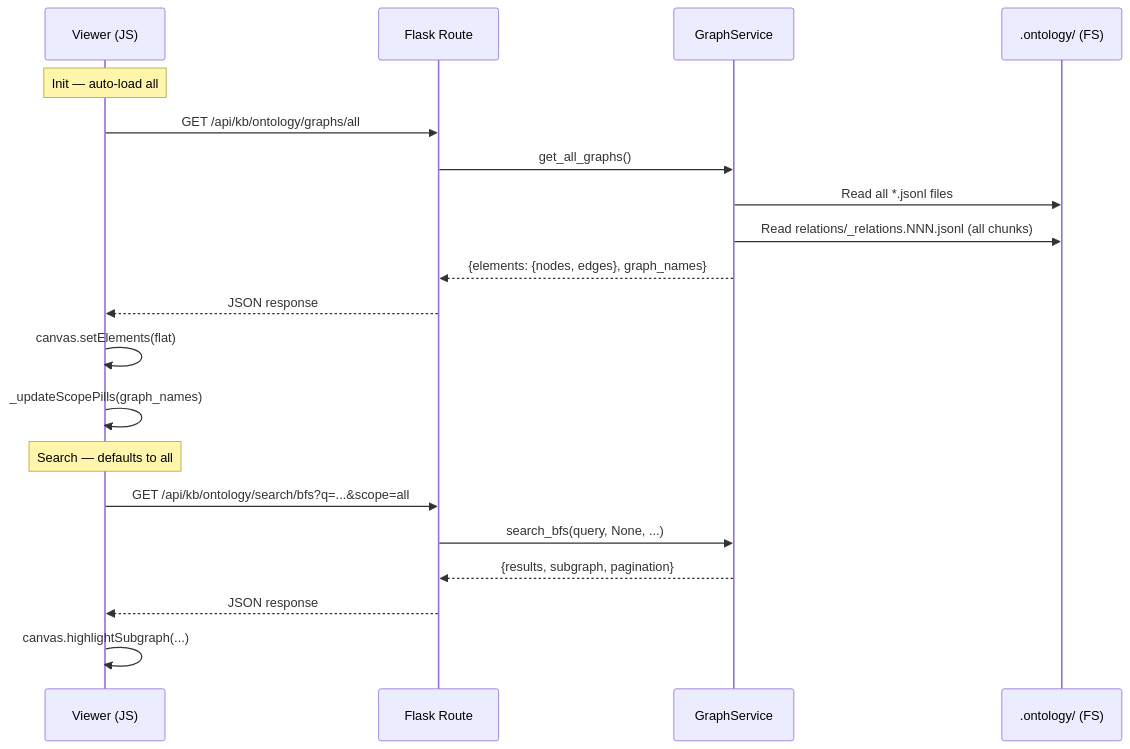
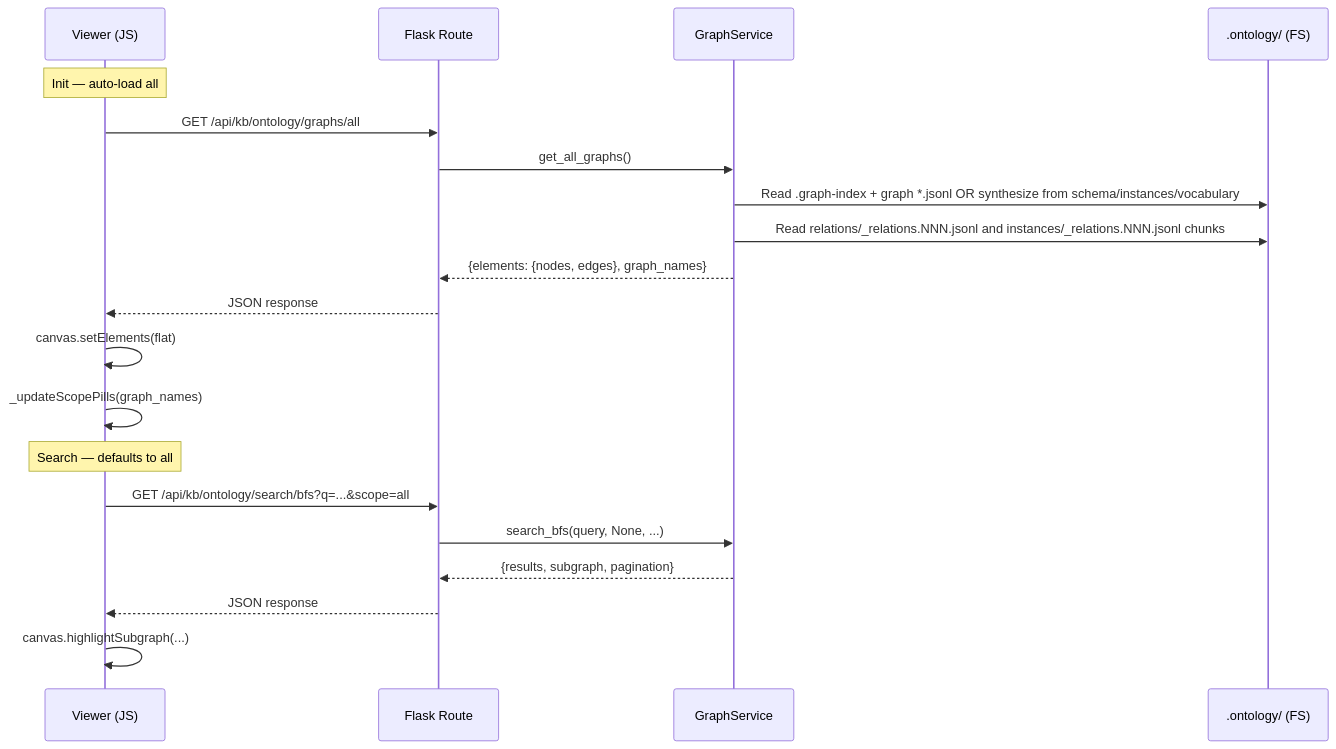
Before and after one commit to Young-Z/X-IPE: the diagram in x-ipe-docs/requirements/EPIC-059/FEATURE-059-F/technical-design.md, drawn with Mermaid. The commit also changed other lines of this file and 50 other files, not shown here.

````diff
--- a/x-ipe-docs/requirements/EPIC-059/FEATURE-059-F/technical-design.md
+++ b/x-ipe-docs/requirements/EPIC-059/FEATURE-059-F/technical-design.md
@@ -133,24 +137,24 @@
 ```mermaid
 sequenceDiagram
     participant V as Viewer (JS)
     participant R as Flask Route
     participant S as GraphService
     participant FS as .ontology/ (FS)
 
     Note over V: Init — auto-load all
     V->>R: GET /api/kb/ontology/graphs/all
     R->>S: get_all_graphs()
-    S->>FS: Read all *.jsonl files
-    S->>FS: Read relations/_relations.NNN.jsonl (all chunks)
+    S->>FS: Read .graph-index + graph *.jsonl OR synthesize from schema/instances/vocabulary
+    S->>FS: Read relations/_relations.NNN.jsonl and instances/_relations.NNN.jsonl chunks
     S-->>R: {elements: {nodes, edges}, graph_names}
     R-->>V: JSON response
     V->>V: canvas.setElements(flat)
     V->>V: _updateScopePills(graph_names)
 
     Note over V: Search — defaults to all
     V->>R: GET /api/kb/ontology/search/bfs?q=...&scope=all
     R->>S: search_bfs(query, None, ...)
     S-->>R: {results, subgraph, pagination}
     R-->>V: JSON response
     V->>V: canvas.highlightSubgraph(...)
 ```
````
